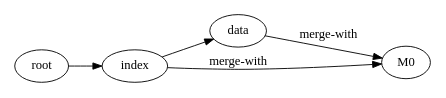
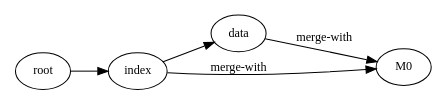
Before and after one commit to dbittman/dissertation: the diagram in book/scripts/obj_graph.dot, drawn with Graphviz. The commit also changed 1 other file, not shown here.

```diff
--- a/book/scripts/obj_graph.dot
+++ b/book/scripts/obj_graph.dot
@@ -1,13 +1,16 @@
 
 digraph {
-    fontname="Libertinus";
+    fontname="Minion Pro";
     fontsize="10";
-     size="4,2!";
- margin=0;
-            rankdir=LR;
-            root -> a -> b;
-            a -> M0 [label="merge-with"];
-            b -> M0 [label="merge-with"];
-            a [label="index"];
-            b [label="data"];
+    size="4,2!";
+    margin=0;
+    rankdir=LR;
+    graph [fontname="Minion Pro", fontsize="12", size="4,2!"];
+    node [fontname="Minion Pro", fontsize="12"];
+    edge [fontname="Minion Pro", fontsize="12"];
+    root -> a -> b;
+    a -> M0 [label="merge-with"];
+    b -> M0 [label="merge-with"];
+    a [label="index"];
+    b [label="data"];
 }
```
